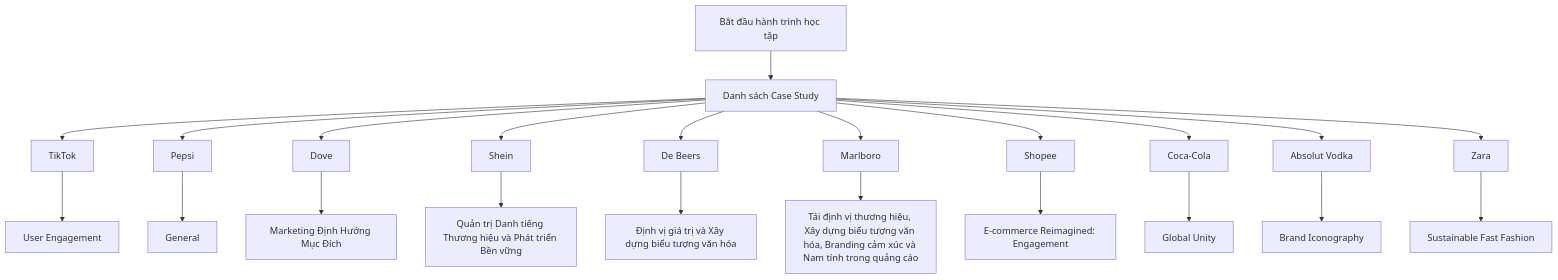
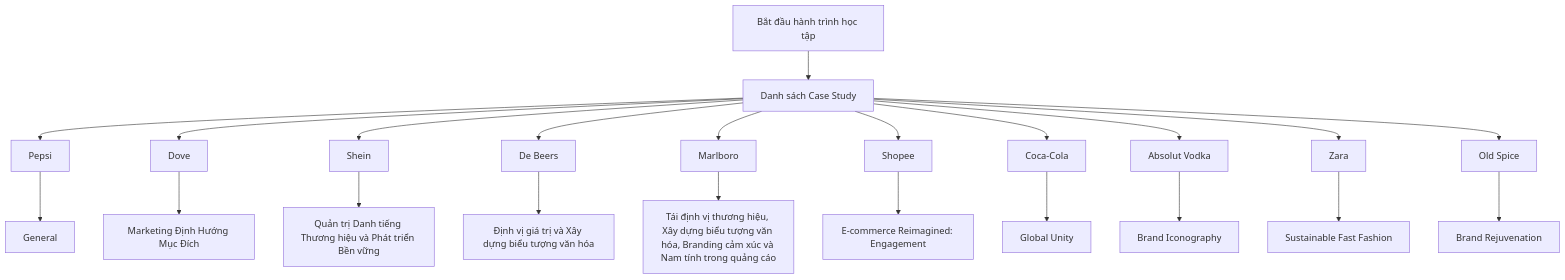
Before and after one commit to quy2003/daily-marketing-cases: the diagram in README.md, drawn with Mermaid. The commit also changed other lines of this file and 3 other files, not shown here.

````diff
--- a/README.md
+++ b/README.md
@@ -25,24 +25,24 @@
 ```mermaid
 graph TD
     Start[Bắt đầu hành trình học tập] --> DailyCases[Danh sách Case Study]
-    DailyCases --> TikTok["TikTok"]
-    TikTok --> UserEngagement["User Engagement"]
     DailyCases --> Pepsi["Pepsi"]
     Pepsi --> General["General"]
     DailyCases --> Dove["Dove"]
     Dove --> MarketingnhHngMcch["Marketing Định Hướng Mục Đích"]
     DailyCases --> Shein["Shein"]
     Shein --> QuntrDanhtingThnghiuvPhttrinBnvng["Quản trị Danh tiếng Thương hiệu và Phát triển Bền vững"]
     DailyCases --> DeBeers["De Beers"]
     DeBeers --> nhvgitrvXydngbiutngvnha["Định vị giá trị và Xây dựng biểu tượng văn hóa"]
     DailyCases --> Marlboro["Marlboro"]
     Marlboro --> TinhvthnghiuXydngbiutngvnhaBrandingcmxcvNamtnhtrongqungco["Tái định vị thương hiệu, Xây dựng biểu tượng văn hóa, Branding cảm xúc và Nam tính trong quảng cáo"]
     DailyCases --> Shopee["Shopee"]
     Shopee --> EcommerceReimaginedEngagement["E-commerce Reimagined: Engagement"]
     DailyCases --> CocaCola["Coca-Cola"]
     CocaCola --> GlobalUnity["Global Unity"]
     DailyCases --> AbsolutVodka["Absolut Vodka"]
     AbsolutVodka --> BrandIconography["Brand Iconography"]
     DailyCases --> Zara["Zara"]
     Zara --> SustainableFastFashion["Sustainable Fast Fashion"]
+    DailyCases --> OldSpice["Old Spice"]
+    OldSpice --> BrandRejuvenation["Brand Rejuvenation"]
 ```
````
